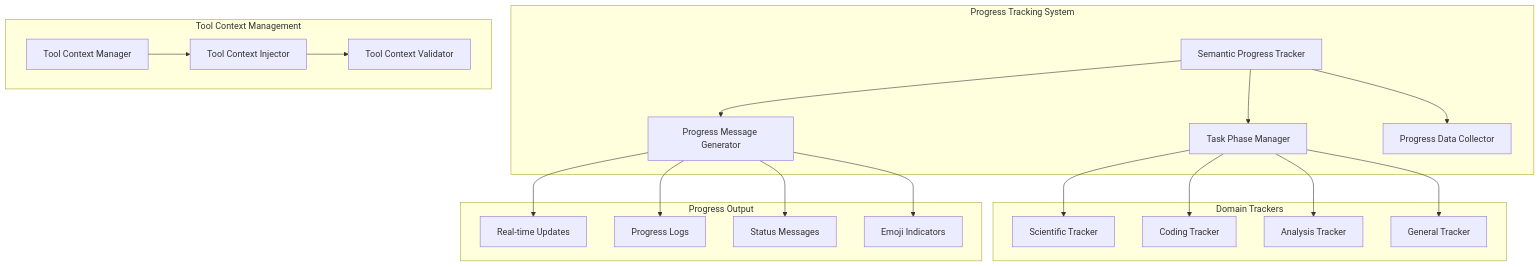
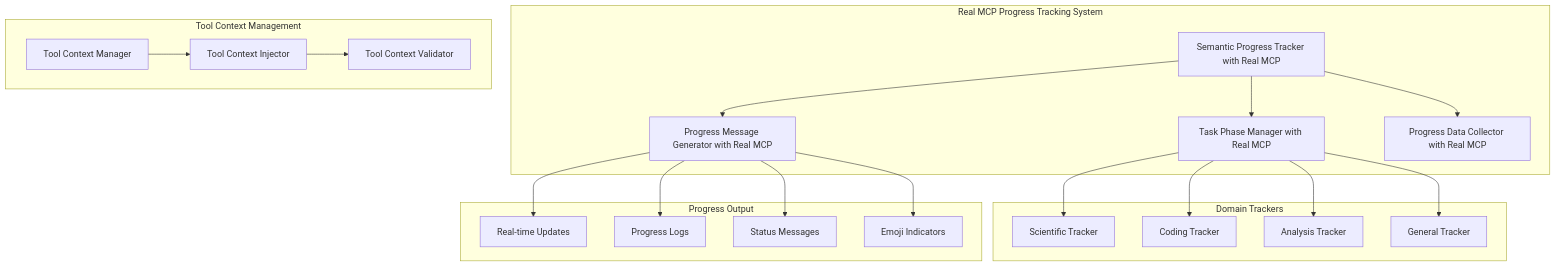
One commit to agentplug/agenthub changed the diagram in docs/.implementation_design/phase2.5_semantic_progress_tools/utils/README.md. Above: the diagram before and after it, drawn with Mermaid. The commit also changed other lines of this file and 14 other files, not shown here.

First line of the commit message:
docs: update design documents for real MCP implementation

````diff
--- a/docs/.implementation_design/phase2.5_semantic_progress_tools/utils/README.md
+++ b/docs/.implementation_design/phase2.5_semantic_progress_tools/utils/README.md
@@ -18,43 +18,43 @@
 ```mermaid
 graph TB
-    subgraph "Progress Tracking System"
-        SPT[Semantic Progress Tracker]
-        TPM[Task Phase Manager]
-        PMG[Progress Message Generator]
-        PDC[Progress Data Collector]
+    subgraph "Real MCP Progress Tracking System"
+        SPT[Semantic Progress Tracker with Real MCP]
+        TPM[Task Phase Manager with Real MCP]
+        PMG[Progress Message Generator with Real MCP]
+        PDC[Progress Data Collector with Real MCP]
     end
 
     subgraph "Domain Trackers"
         ST[Scientific Tracker]
         CT[Coding Tracker]
         AT[Analysis Tracker]
         GT[General Tracker]
     end
 
     subgraph "Tool Context Management"
         TCM[Tool Context Manager]
         TCI[Tool Context Injector]
         TCV[Tool Context Validator]
     end
 
     subgraph "Progress Output"
         RT[Real-time Updates]
         PL[Progress Logs]
         SM[Status Messages]
         EM[Emoji Indicators]
     end
 
     SPT --> TPM
     SPT --> PMG
     SPT --> PDC
     TPM --> ST
     TPM --> CT
     TPM --> AT
     TPM --> GT
     PMG --> RT
     PMG --> PL
     PMG --> SM
     PMG --> EM
     TCM --> TCI
     TCI --> TCV
 ```
````
